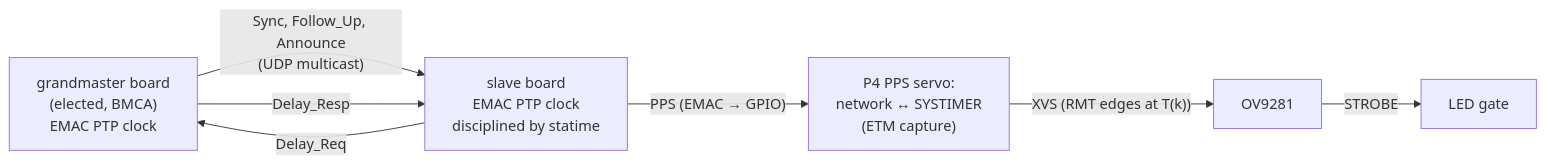
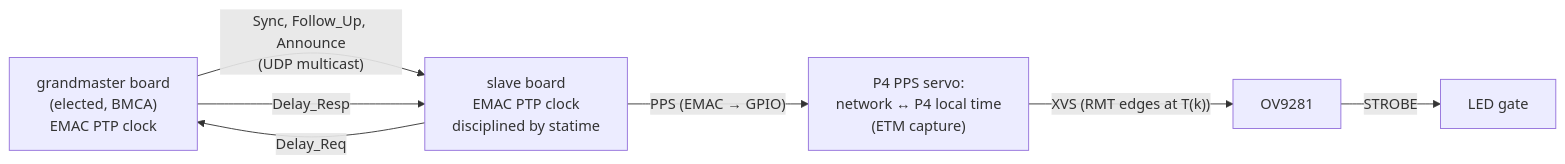
Before and after one commit to azais-corentin/espion: the diagram in docs/timing.md, drawn with Mermaid. The commit also changed other lines of this file and 1 other file, not shown here.

First line of the commit message:
docs: timer capture and PTP register facts from the P4 reference manual

````diff
--- a/docs/timing.md
+++ b/docs/timing.md
@@ -6,9 +6,9 @@
 ```mermaid
 flowchart LR
   GM["grandmaster board<br/>(elected, BMCA)<br/>EMAC PTP clock"] -- "Sync, Follow_Up, Announce<br/>(UDP multicast)" --> SL["slave board<br/>EMAC PTP clock<br/>disciplined by statime"]
   SL -- "Delay_Req" --> GM
   GM -- "Delay_Resp" --> SL
-  SL -- "PPS (EMAC → GPIO)" --> SV["P4 PPS servo:<br/>network ↔ SYSTIMER<br/>(ETM capture)"]
+  SL -- "PPS (EMAC → GPIO)" --> SV["P4 PPS servo:<br/>network ↔ P4 local time<br/>(ETM capture)"]
   SV -- "XVS (RMT edges at T(k))" --> S[OV9281]
   S -- STROBE --> LED[LED gate]
 ```
````
